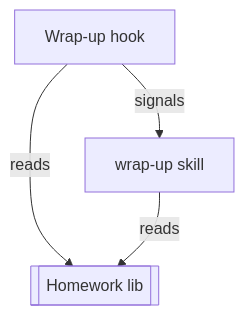
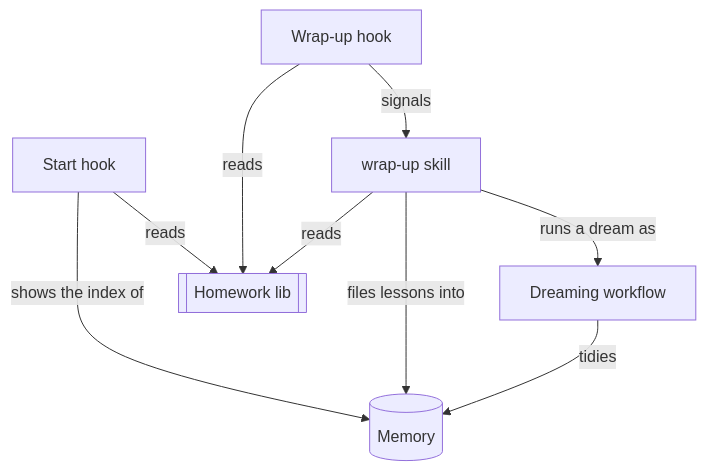
Before and after one commit to kalaluthien/mumu-claude-plugin: the third of 3 diagrams in README.md, drawn with Mermaid. The commit also changed other lines of this file, not shown here.

````diff
--- a/README.md
+++ b/README.md
@@ -110,9 +271,17 @@
 ```mermaid
 flowchart TB
-  n_hook["Wrap-up hook"]
+  n_start["Start hook"]
+  n_stop["Wrap-up hook"]
   n_skill["wrap-up skill"]
+  n_flow["Dreaming workflow"]
+  n_memory[("Memory")]
   n_lib[["Homework lib"]]
-  n_hook -->|"reads"| n_lib
-  n_hook -->|"signals"| n_skill
+  n_start -->|"shows the index of"| n_memory
+  n_start -->|"reads"| n_lib
+  n_stop -->|"reads"| n_lib
+  n_stop -->|"signals"| n_skill
+  n_skill -->|"files lessons into"| n_memory
+  n_skill -->|"runs a dream as"| n_flow
+  n_flow -->|"tidies"| n_memory
   n_skill -->|"reads"| n_lib
 ```
````
